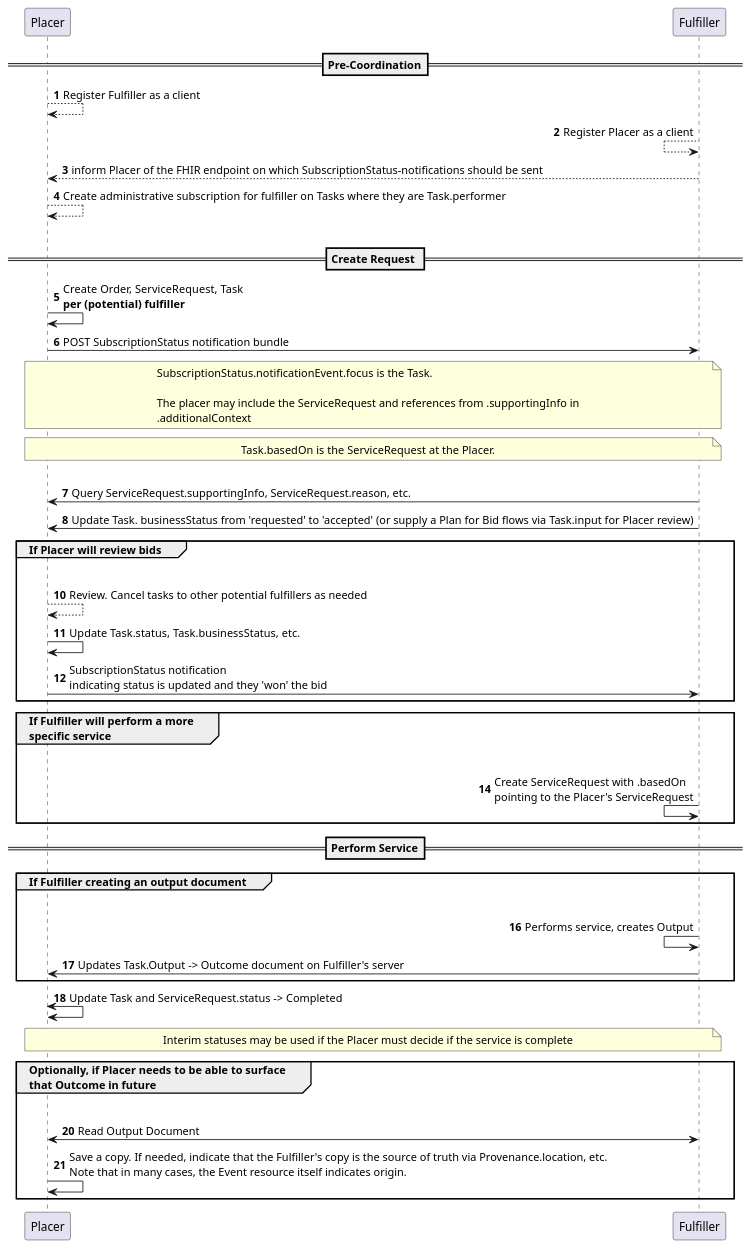
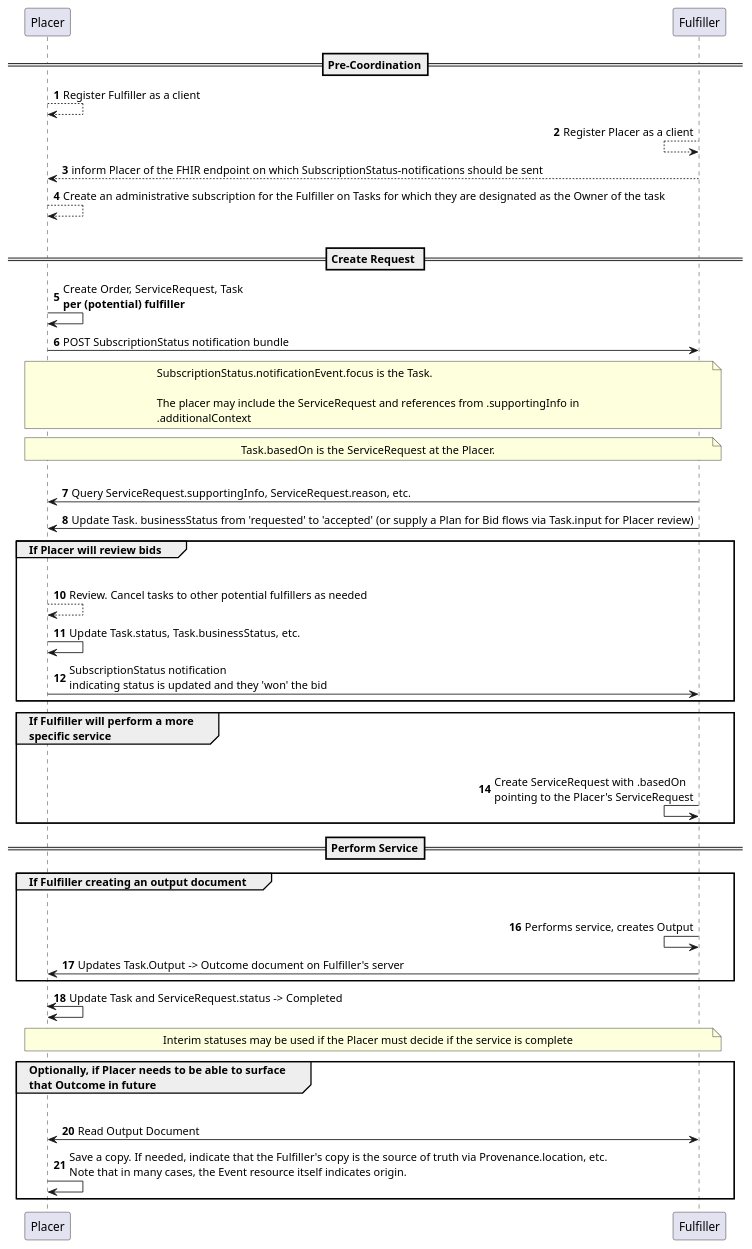
The diagram in input/images-source/subscriptions-general-example-task-at-placer.plantuml (HL7/fhir-cow-ig), drawn with PlantUML before and after one commit.

Commit message:
FHIR-50816

```diff
--- a/input/images-source/subscriptions-general-example-task-at-placer.plantuml
+++ b/input/images-source/subscriptions-general-example-task-at-placer.plantuml
@@ -1,78 +1,78 @@
 @startuml
 autonumber
 'skinparam svgDimensionStyle false
 'skinparam sequenceMessageAlign center
 
 
 == Pre-Coordination==
 
 Placer --> Placer: Register Fulfiller as a client
 
 Fulfiller <-- Fulfiller: Register Placer as a client
 
 Placer <-- Fulfiller: inform Placer of the FHIR endpoint on which SubscriptionStatus-notifications should be sent
 
 
-Placer --> Placer: Create administrative subscription for fulfiller on Tasks where they are Task.performer
+Placer --> Placer: Create an administrative subscription for the Fulfiller on Tasks for which they are designated as the Owner of the task
 ||20||
 
 
 == Create Request == 
 
 Placer -> Placer : Create Order, ServiceRequest, Task\n**per (potential) fulfiller**
 
 Placer -> Fulfiller: POST SubscriptionStatus notification bundle
 
 note over Placer,Fulfiller
 SubscriptionStatus.notificationEvent.focus is the Task. 
 
 The placer may include the ServiceRequest and references from .supportingInfo in 
 .additionalContext
 end note
 
 note over Placer,Fulfiller
 Task.basedOn is the ServiceRequest at the Placer. 
 end note
 
 ||20||
 
 Fulfiller -> Placer : Query ServiceRequest.supportingInfo, ServiceRequest.reason, etc.
 
 Fulfiller -> Placer : Update Task. businessStatus from 'requested' to 'accepted' (or supply a Plan for Bid flows via Task.input for Placer review)
 
 
 group If Placer will review bids
     Placer -[hidden]>Fulfiller:
     Placer --> Placer : Review. Cancel tasks to other potential fulfillers as needed
     Placer -> Placer : Update Task.status, Task.businessStatus, etc. 
     Placer -> Fulfiller : SubscriptionStatus notification \nindicating status is updated and they 'won' the bid
 
 end
 
 group If Fulfiller will perform a more\nspecific service
     Fulfiller-[hidden]>Placer:
     Fulfiller <- Fulfiller : Create ServiceRequest with .basedOn\npointing to the Placer's ServiceRequest 
 
 end
 
 ==Perform Service==
 group If Fulfiller creating an output document
     Fulfiller-[hidden]>Placer:
     Fulfiller <- Fulfiller : Performs service, creates Output
     Fulfiller -> Placer : Updates Task.Output -> Outcome document on Fulfiller's server
 
 end
 
 Placer <-> Placer : Update Task and ServiceRequest.status -> Completed
 
 note over Placer,Fulfiller
 Interim statuses may be used if the Placer must decide if the service is complete 
 end note
 
 group Optionally, if Placer needs to be able to surface\nthat Outcome in future
     Placer-[hidden]>Fulfiller
     Placer <-> Fulfiller: Read Output Document
     Placer -> Placer : Save a copy. If needed, indicate that the Fulfiller's copy is the source of truth via Provenance.location, etc.\nNote that in many cases, the Event resource itself indicates origin. 
 end
 
 @enduml
```
